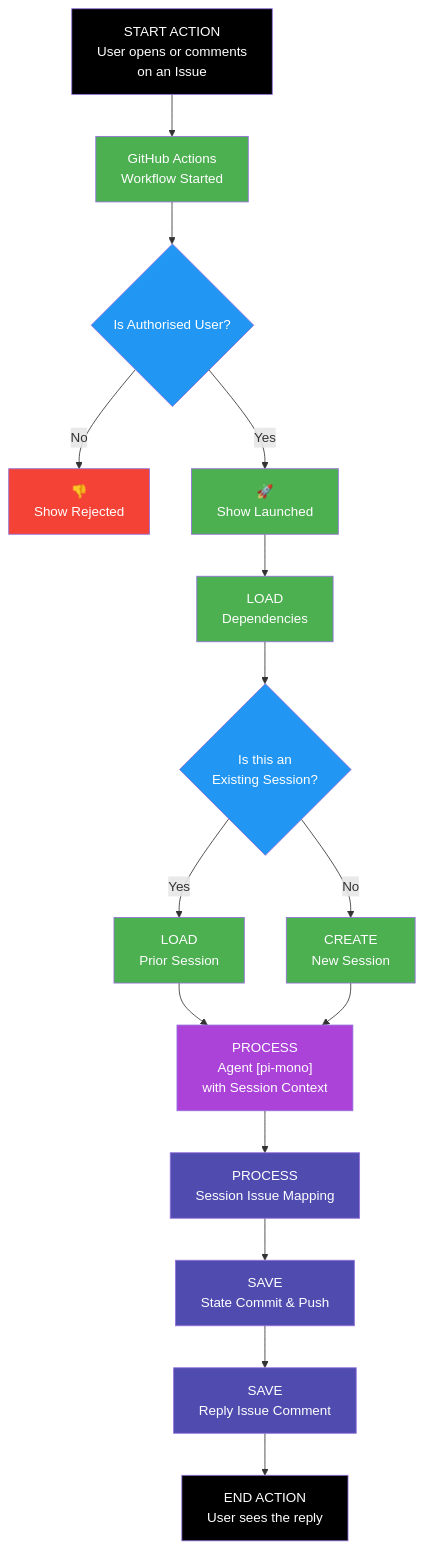
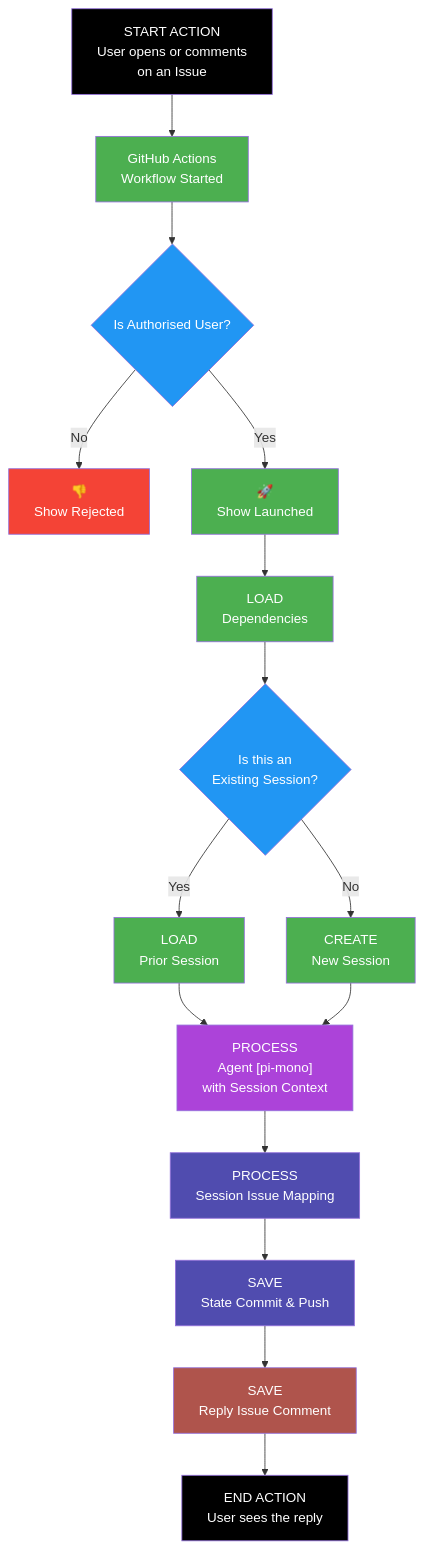
Before and after one commit to japer-technology/github-minimum-intelligence: the diagram in README.md, drawn with Mermaid.

````diff
--- a/README.md
+++ b/README.md
@@ -84,32 +84,32 @@
 ```mermaid
 flowchart TD
     A["START ACTION<br/>User opens or comments<br/>on an Issue"] --> B["GitHub Actions<br/>Workflow Started"]
     B --> C{"Is Authorised User?"}
     C -- No --> D["👎<br/>Show Rejected"]
     C -- Yes --> E["🚀<br/>Show Launched"]
     E --> F["LOAD<br/>Dependencies"]
     F --> G{"Is this an<br/>Existing Session?"}
     G -- Yes --> H["LOAD<br/>Prior Session"]
     G -- No --> I["CREATE<br/>New Session"]
     H --> J["PROCESS<br/>Agent [pi-mono]<br/>with Session Context"]
     I --> J
     J --> K["PROCESS<br/>Session Issue Mapping"]
     K --> L["SAVE<br/>State Commit & Push"]
     L --> M["SAVE<br/>Reply Issue Comment"]
     M --> N["END ACTION<br/>User sees the reply"]
 
     style A fill:#000000,color:#fff
     style B fill:#4CAF50,color:#fff
     style C fill:#2196F3,color:#fff
     style D fill:#f44336,color:#fff
     style E fill:#4CAF50,color:#fff
     style F fill:#4CAF50,color:#fff
     style G fill:#2196F3,color:#fff
     style H fill:#4CAF50,color:#fff
     style I fill:#4CAF50,color:#fff
     style J fill:#AC43D9,color:#fff
     style K fill:#504caf,color:#fff
     style L fill:#504caf,color:#fff
-    style M fill:#504caf,color:#fff
+    style M fill:#af544c,color:#fff
     style N fill:#000000,color:#fff
 ```
````
